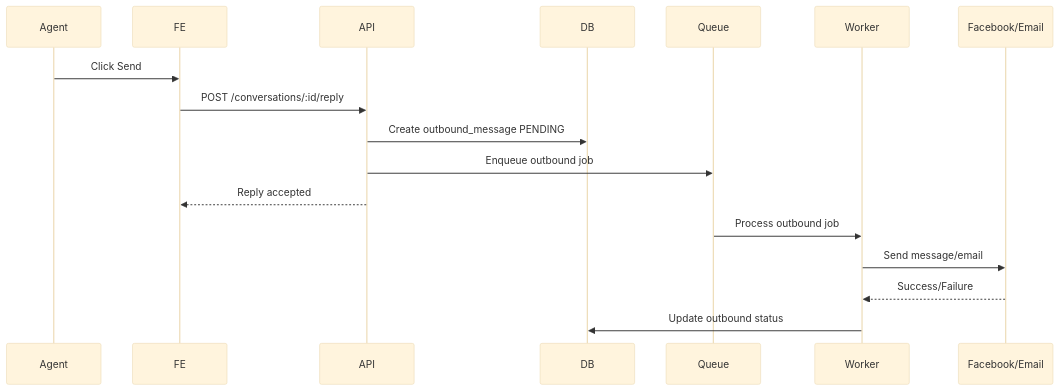
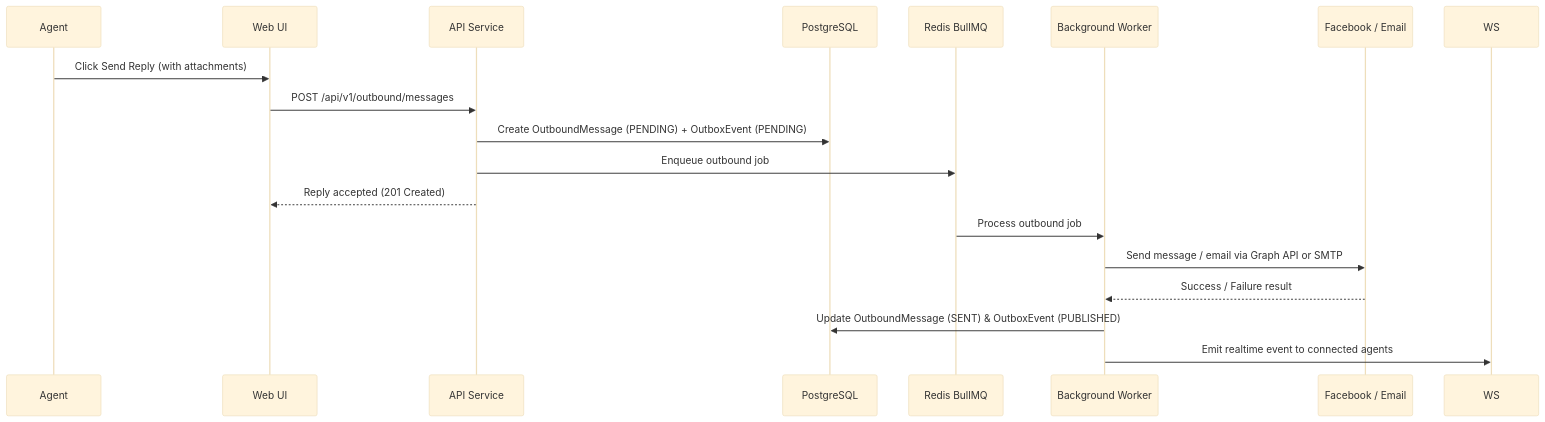
One commit to tbnguyen274/omnidesk changed the fourth of 6 diagrams in docs/architecture.md. Above: the diagram before and after it, drawn with Mermaid (base theme). The commit also changed other lines of this file and 8 other files, not shown here.

````diff
--- a/docs/architecture.md
+++ b/docs/architecture.md
@@ -329,20 +374,21 @@
 ```mermaid
 sequenceDiagram
     participant Agent
-    participant FE
-    participant API
-    participant DB
-    participant Queue
-    participant Worker
-    participant Provider as Facebook/Email
+    participant FE as Web UI
+    participant API as API Service
+    participant DB as PostgreSQL
+    participant Queue as Redis BullMQ
+    participant Worker as Background Worker
+    participant Provider as Facebook / Email
 
-    Agent->>FE: Click Send
-    FE->>API: POST /conversations/:id/reply
-    API->>DB: Create outbound_message PENDING
+    Agent->>FE: Click Send Reply (with attachments)
+    FE->>API: POST /api/v1/outbound/messages
+    API->>DB: Create OutboundMessage (PENDING) + OutboxEvent (PENDING)
     API->>Queue: Enqueue outbound job
-    API-->>FE: Reply accepted
+    API-->>FE: Reply accepted (201 Created)
     Queue->>Worker: Process outbound job
-    Worker->>Provider: Send message/email
-    Provider-->>Worker: Success/Failure
-    Worker->>DB: Update outbound status
+    Worker->>Provider: Send message / email via Graph API or SMTP
+    Provider-->>Worker: Success / Failure result
+    Worker->>DB: Update OutboundMessage (SENT) & OutboxEvent (PUBLISHED)
+    Worker->>WS: Emit realtime event to connected agents
 ```
````
